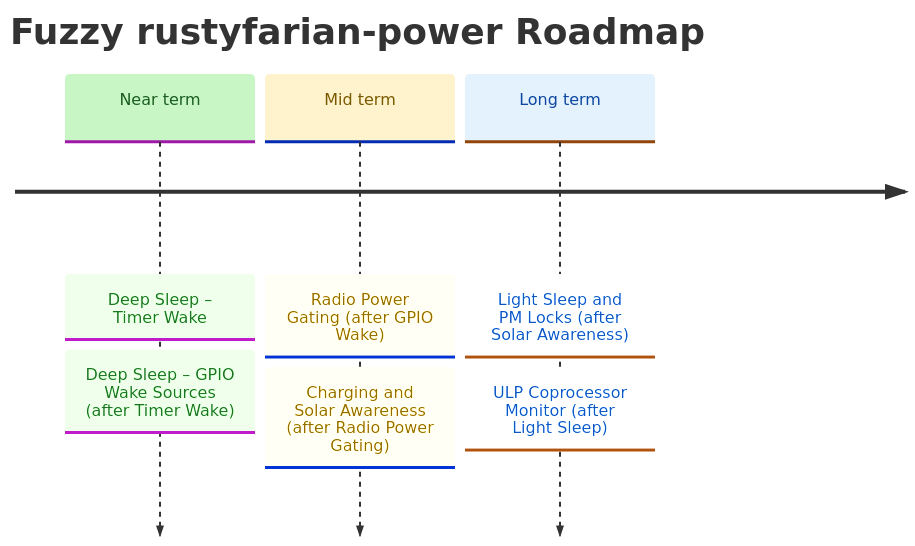
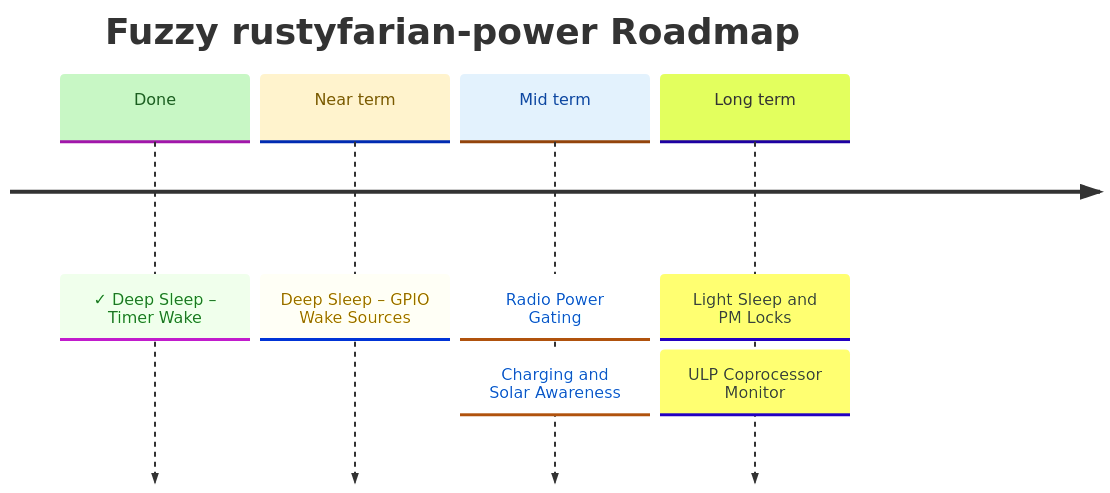
Before and after one commit to datenkollektiv/rustyfarian-power: the diagram in ROADMAP.md, drawn with Mermaid. The commit also changed other lines of this file and 4 other files, not shown here.

Commit message:
Introduce GPIO wake sources for deep sleep management

````diff
--- a/ROADMAP.md
+++ b/ROADMAP.md
@@ -7,25 +7,26 @@
 ```mermaid
 %%{init: {
   "theme": "base",
   "themeVariables": {
     "cScale0": "#c8f7c5",
     "cScaleLabel0": "#1b5e20",
     "cScale1": "#fff3cd",
     "cScaleLabel1": "#7a5a00",
     "cScale2": "#e3f2fd",
     "cScaleLabel2": "#0d47a1"
   }
 }}%%
 
 timeline
     title Fuzzy rustyfarian-power Roadmap
 
-    Near term : Deep Sleep – Timer Wake
-              : Deep Sleep – GPIO Wake Sources (after Timer Wake)
+    Done      : ✓ Deep Sleep – Timer Wake
 
-    Mid term  : Radio Power Gating (after GPIO Wake)
-              : Charging and Solar Awareness (after Radio Power Gating)
+    Near term : Deep Sleep – GPIO Wake Sources
 
-    Long term : Light Sleep and PM Locks (after Solar Awareness)
-              : ULP Coprocessor Monitor (after Light Sleep)
+    Mid term  : Radio Power Gating
+              : Charging and Solar Awareness
+
+    Long term : Light Sleep and PM Locks
+              : ULP Coprocessor Monitor
 ```
````
